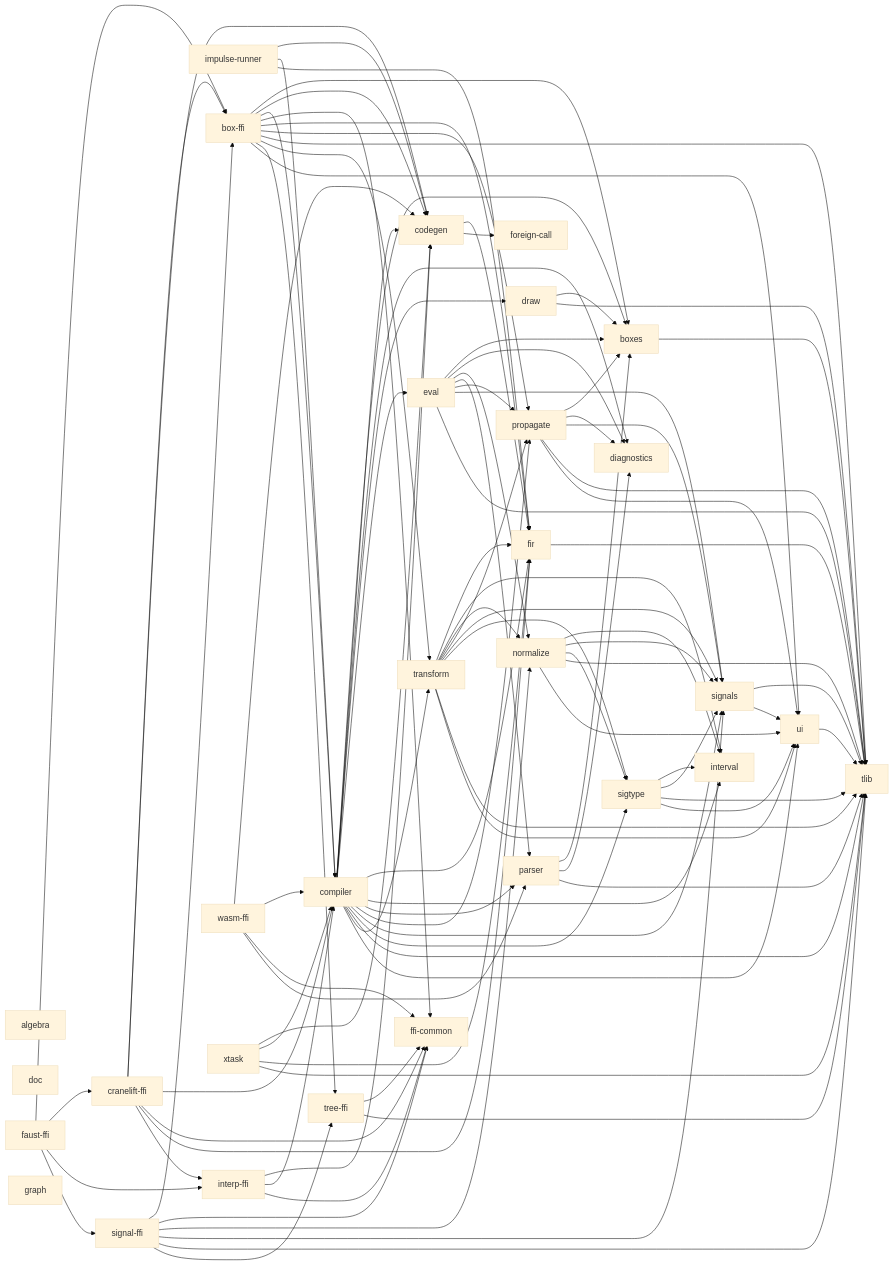
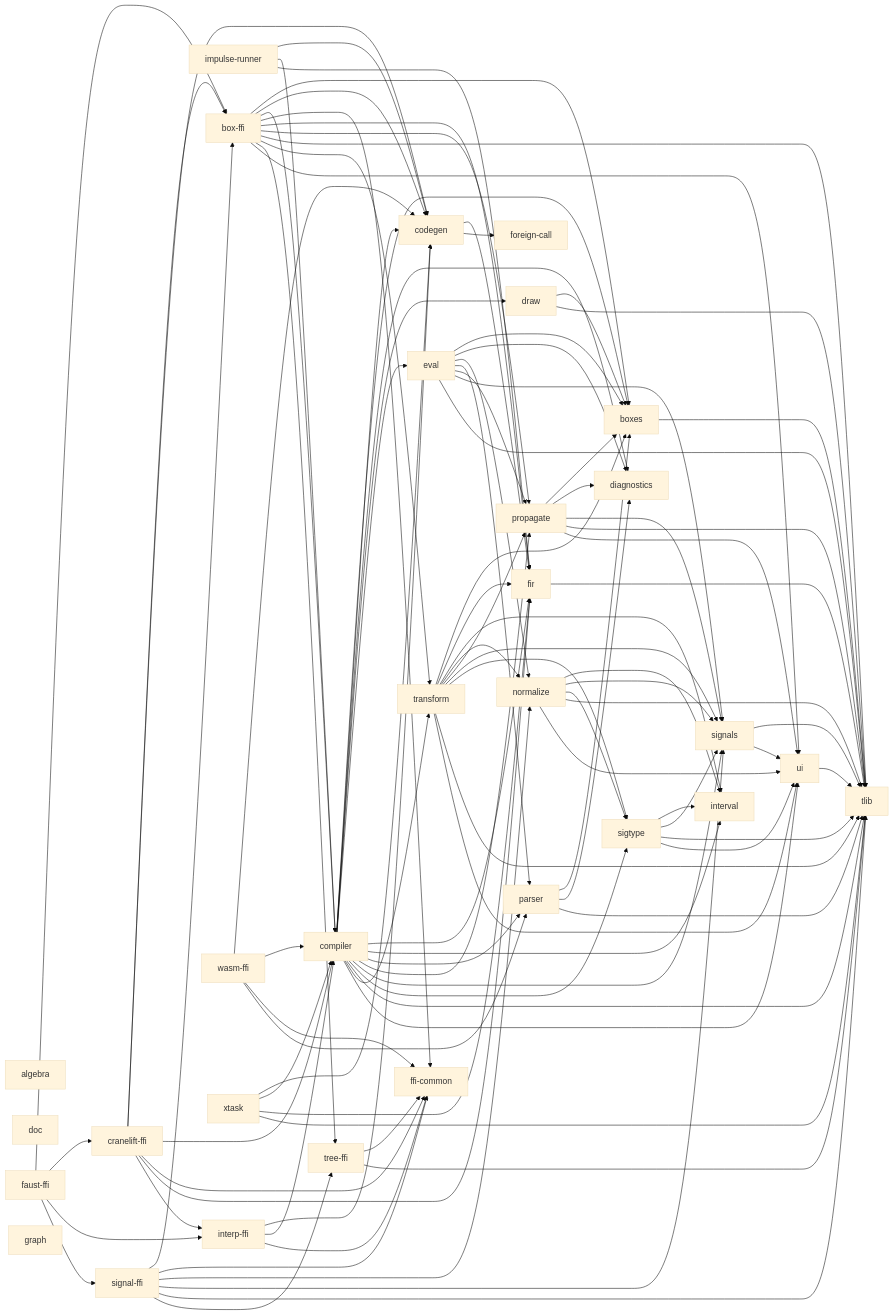
Before and after one commit to grame-cncm/faust-rs: the diagram in docs/code-graphs/internal-crate-deps.mmd, drawn with Mermaid (base theme). The commit also changed 32 other files, not shown here.

```diff
--- a/docs/code-graphs/internal-crate-deps.mmd
+++ b/docs/code-graphs/internal-crate-deps.mmd
@@ -1,128 +1,129 @@
 flowchart LR
     crate_algebra["algebra"]
     crate_box_ffi["box-ffi"]
     crate_boxes["boxes"]
     crate_codegen["codegen"]
     crate_compiler["compiler"]
     crate_cranelift_ffi["cranelift-ffi"]
     crate_diagnostics["diagnostics"]
     crate_doc["doc"]
     crate_draw["draw"]
     crate_eval["eval"]
     crate_faust_ffi["faust-ffi"]
     crate_ffi_common["ffi-common"]
     crate_fir["fir"]
     crate_foreign_call["foreign-call"]
     crate_graph["graph"]
     crate_impulse_runner["impulse-runner"]
     crate_interp_ffi["interp-ffi"]
     crate_interval["interval"]
     crate_normalize["normalize"]
     crate_parser["parser"]
     crate_propagate["propagate"]
     crate_signal_ffi["signal-ffi"]
     crate_signals["signals"]
     crate_sigtype["sigtype"]
     crate_tlib["tlib"]
     crate_transform["transform"]
     crate_tree_ffi["tree-ffi"]
     crate_ui["ui"]
     crate_wasm_ffi["wasm-ffi"]
     crate_xtask["xtask"]
     crate_box_ffi --> crate_boxes
     crate_box_ffi --> crate_codegen
     crate_box_ffi --> crate_compiler
     crate_box_ffi --> crate_ffi_common
     crate_box_ffi --> crate_fir
     crate_box_ffi --> crate_propagate
     crate_box_ffi --> crate_tlib
     crate_box_ffi --> crate_transform
     crate_box_ffi --> crate_tree_ffi
     crate_box_ffi --> crate_ui
     crate_boxes --> crate_tlib
     crate_codegen --> crate_fir
     crate_codegen --> crate_foreign_call
     crate_compiler --> crate_boxes
     crate_compiler --> crate_codegen
     crate_compiler --> crate_diagnostics
     crate_compiler --> crate_draw
     crate_compiler --> crate_eval
     crate_compiler --> crate_fir
     crate_compiler --> crate_interval
     crate_compiler --> crate_parser
     crate_compiler --> crate_propagate
     crate_compiler --> crate_signals
     crate_compiler --> crate_sigtype
     crate_compiler --> crate_tlib
     crate_compiler --> crate_transform
     crate_compiler --> crate_ui
     crate_cranelift_ffi --> crate_box_ffi
     crate_cranelift_ffi --> crate_codegen
     crate_cranelift_ffi --> crate_compiler
     crate_cranelift_ffi --> crate_ffi_common
     crate_cranelift_ffi --> crate_fir
     crate_cranelift_ffi --> crate_interp_ffi
     crate_draw --> crate_boxes
     crate_draw --> crate_tlib
     crate_eval --> crate_boxes
     crate_eval --> crate_diagnostics
     crate_eval --> crate_normalize
     crate_eval --> crate_parser
     crate_eval --> crate_propagate
     crate_eval --> crate_signals
     crate_eval --> crate_tlib
     crate_faust_ffi --> crate_box_ffi
     crate_faust_ffi --> crate_cranelift_ffi
     crate_faust_ffi --> crate_interp_ffi
     crate_faust_ffi --> crate_signal_ffi
     crate_fir --> crate_tlib
     crate_impulse_runner --> crate_codegen
     crate_impulse_runner --> crate_compiler
     crate_impulse_runner --> crate_fir
     crate_interp_ffi --> crate_codegen
     crate_interp_ffi --> crate_compiler
     crate_interp_ffi --> crate_ffi_common
     crate_normalize --> crate_interval
     crate_normalize --> crate_signals
     crate_normalize --> crate_sigtype
     crate_normalize --> crate_tlib
     crate_normalize --> crate_ui
     crate_parser --> crate_boxes
     crate_parser --> crate_diagnostics
     crate_parser --> crate_tlib
     crate_propagate --> crate_boxes
     crate_propagate --> crate_diagnostics
     crate_propagate --> crate_signals
     crate_propagate --> crate_tlib
     crate_propagate --> crate_ui
     crate_signal_ffi --> crate_box_ffi
     crate_signal_ffi --> crate_ffi_common
     crate_signal_ffi --> crate_normalize
     crate_signal_ffi --> crate_signals
     crate_signal_ffi --> crate_tlib
     crate_signal_ffi --> crate_tree_ffi
     crate_signals --> crate_tlib
     crate_signals --> crate_ui
     crate_sigtype --> crate_interval
     crate_sigtype --> crate_signals
     crate_sigtype --> crate_tlib
     crate_sigtype --> crate_ui
+    crate_transform --> crate_boxes
     crate_transform --> crate_fir
     crate_transform --> crate_interval
     crate_transform --> crate_normalize
     crate_transform --> crate_propagate
     crate_transform --> crate_signals
     crate_transform --> crate_sigtype
     crate_transform --> crate_tlib
     crate_transform --> crate_ui
     crate_tree_ffi --> crate_ffi_common
     crate_tree_ffi --> crate_tlib
     crate_ui --> crate_tlib
     crate_wasm_ffi --> crate_codegen
     crate_wasm_ffi --> crate_compiler
     crate_wasm_ffi --> crate_ffi_common
     crate_wasm_ffi --> crate_parser
     crate_xtask --> crate_codegen
     crate_xtask --> crate_compiler
     crate_xtask --> crate_fir
     crate_xtask --> crate_tlib
```
